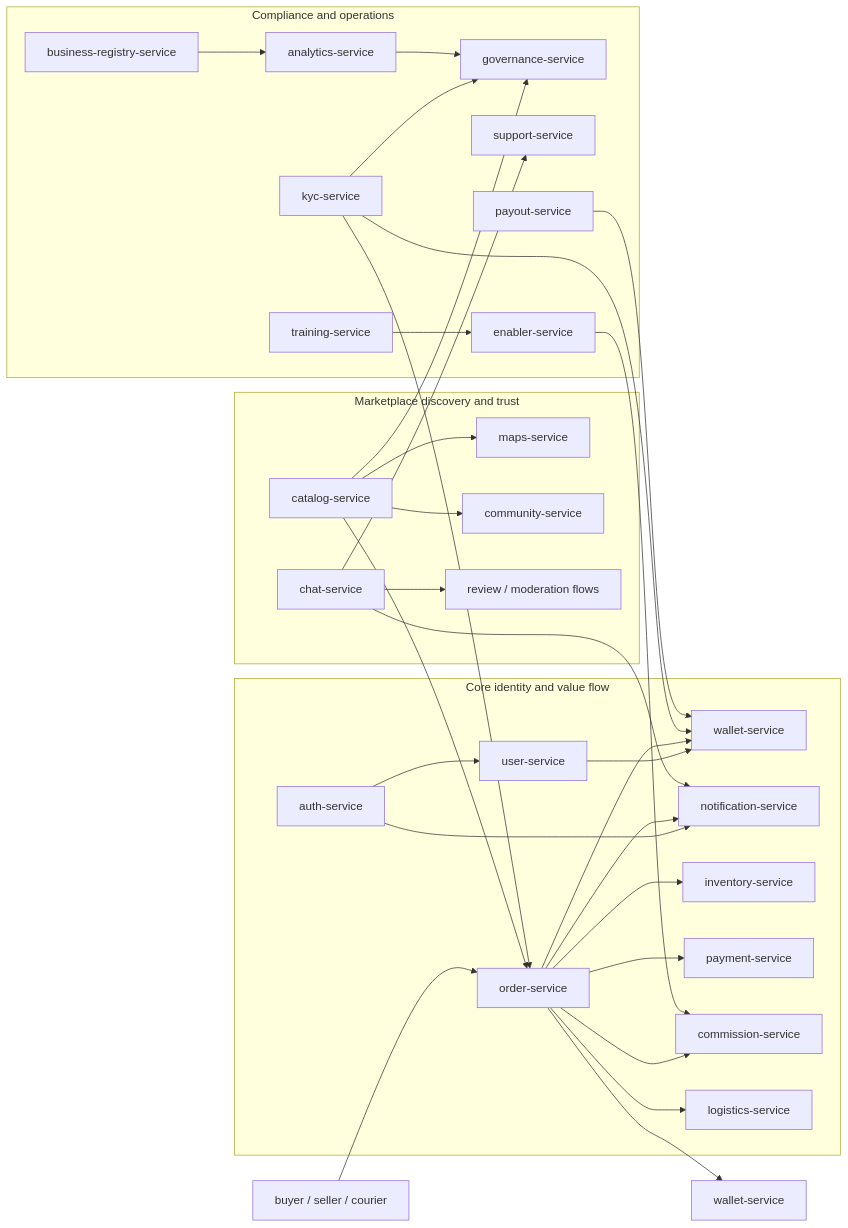
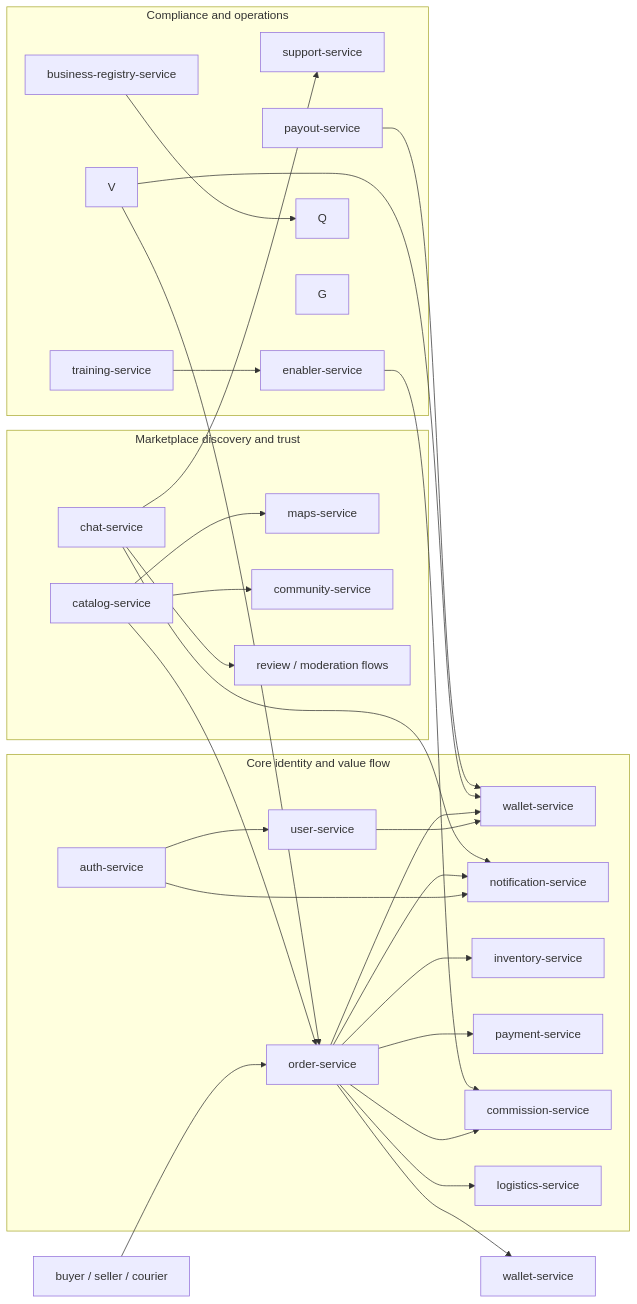
One commit to maysar-014/maysar-express-backend changed the diagram in docs/SYSTEM_ATLAS.md. Above: the diagram before and after it, drawn with Mermaid. The commit also changed other lines of this file and 312 other files, not shown here.

````diff
--- a/docs/SYSTEM_ATLAS.md
+++ b/docs/SYSTEM_ATLAS.md
@@ -954,65 +954,62 @@
 ```mermaid
 flowchart LR
   A["auth-service"] --> B["user-service"]
   B --> C["wallet-service"]
   A --> N["notification-service"]
 
   U["buyer / seller / courier"] --> O["order-service"]
   O --> I["inventory-service"]
   O --> P["payment-service"]
   O --> W["wallet-service"]
   O --> C
   O --> M["commission-service"]
   O --> L["logistics-service"]
   O --> N
 
   K["catalog-service"] --> O
   K --> Z["maps-service"]
   K --> F["community-service"]
-  K --> G["governance-service"]
 
   H["chat-service"] --> N
   H --> S["support-service"]
   H --> R["review / moderation flows"]
 
-  V["kyc-service"] --> G
   V --> C
   V --> O
 
-  Q["analytics-service"] --> G
   X["payout-service"] --> C
   E["enabler-service"] --> M
   T["business-registry-service"] --> Q
   J["training-service"] --> E
 
   subgraph Core identity and value flow
     A
     B
     C
     O
     I
     P
     M
     L
     N
   end
 
   subgraph Marketplace discovery and trust
     K
     Z
     F
     H
     R
   end
 
   subgraph Compliance and operations
     V
     G
     Q
     X
     E
     T
     J
     S
   end
 ```
````
